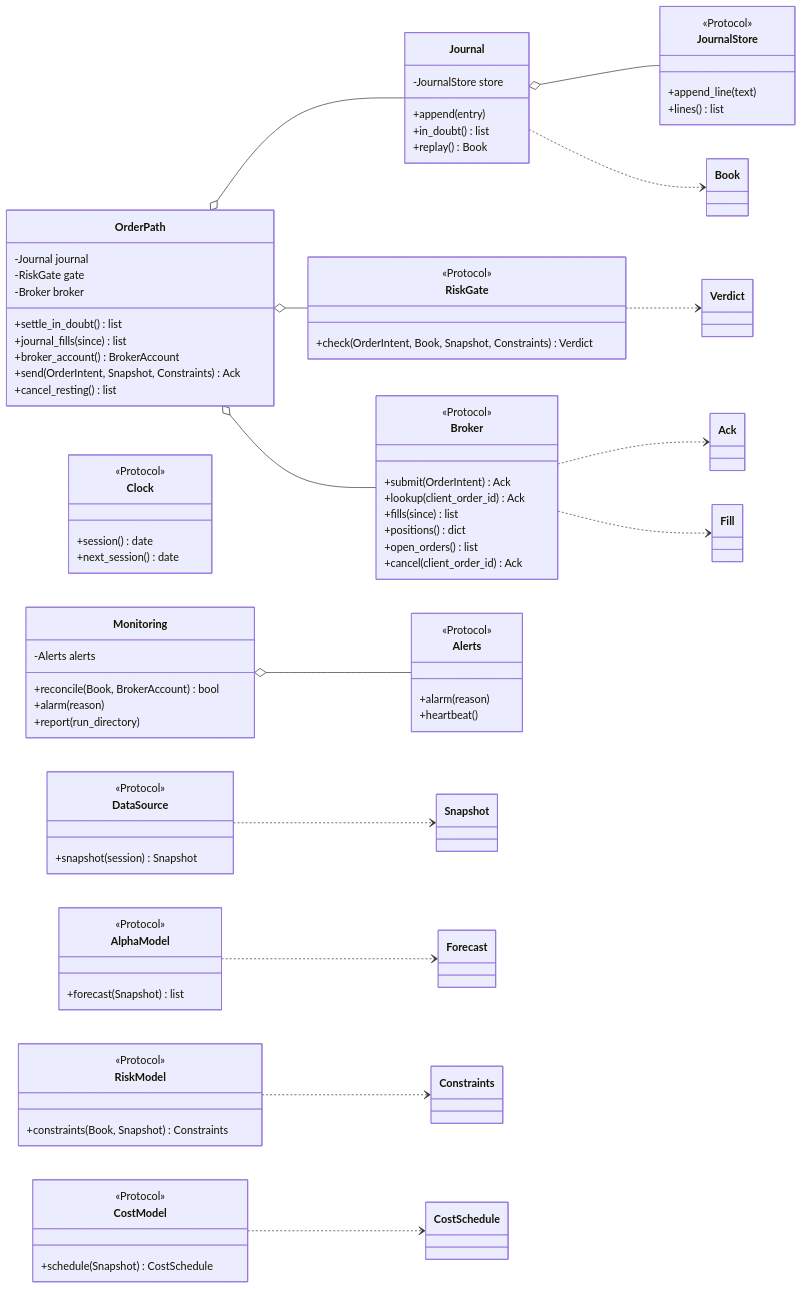
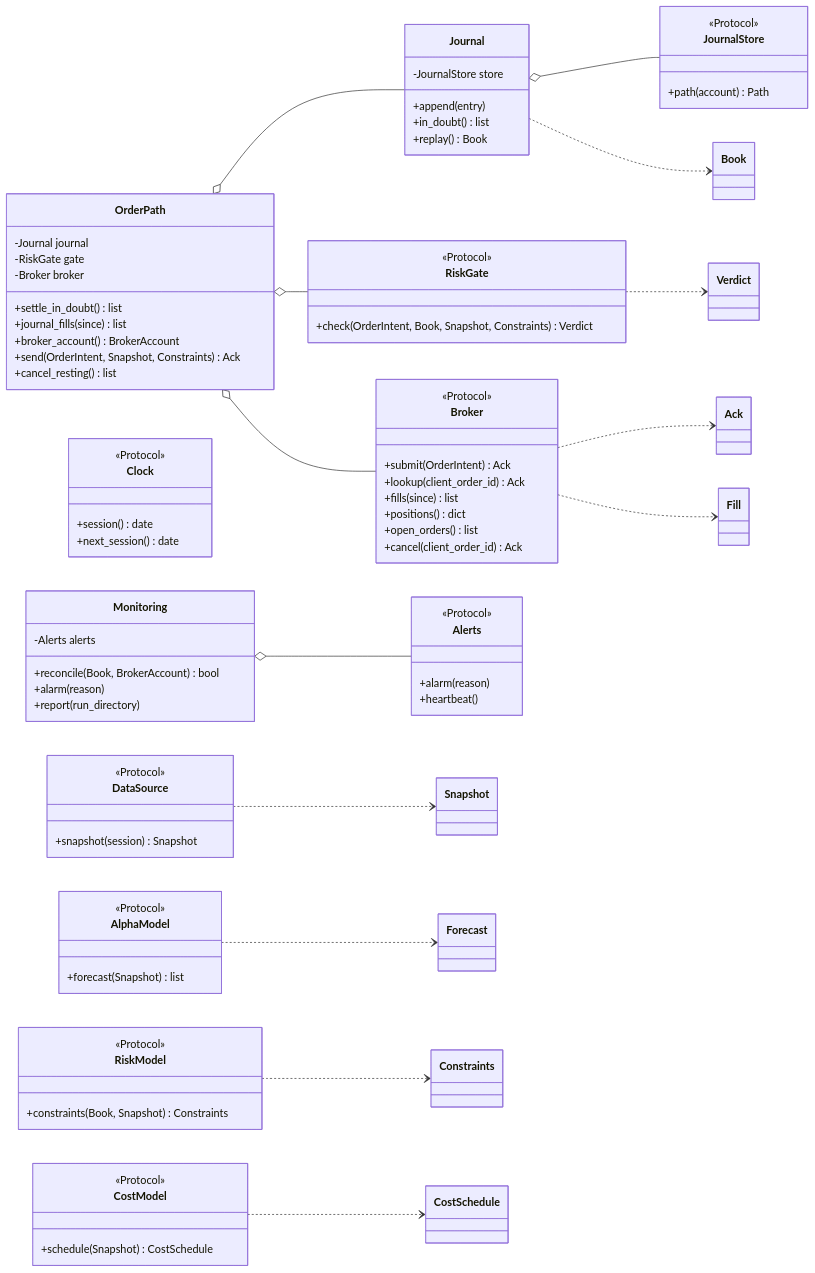
One commit to l3a0/ithildin-runtime changed diagram 11 of 16 in docs/architecture.md. Above: the diagram before and after it, drawn with Mermaid. The commit also changed other lines of this file and 1 other file, not shown here.

```diff
--- a/docs/architecture.md
+++ b/docs/architecture.md
@@ -1015,8 +1024,7 @@
     }
     class JournalStore {
         <<Protocol>>
-        +append_line(text)
-        +lines() list
+        +path(account) Path
     }
     class Alerts {
         <<Protocol>>
```
